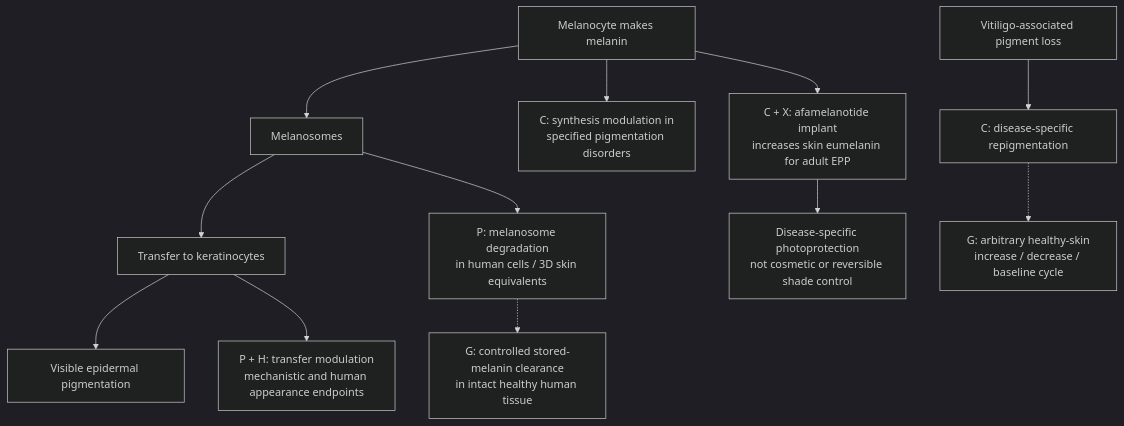
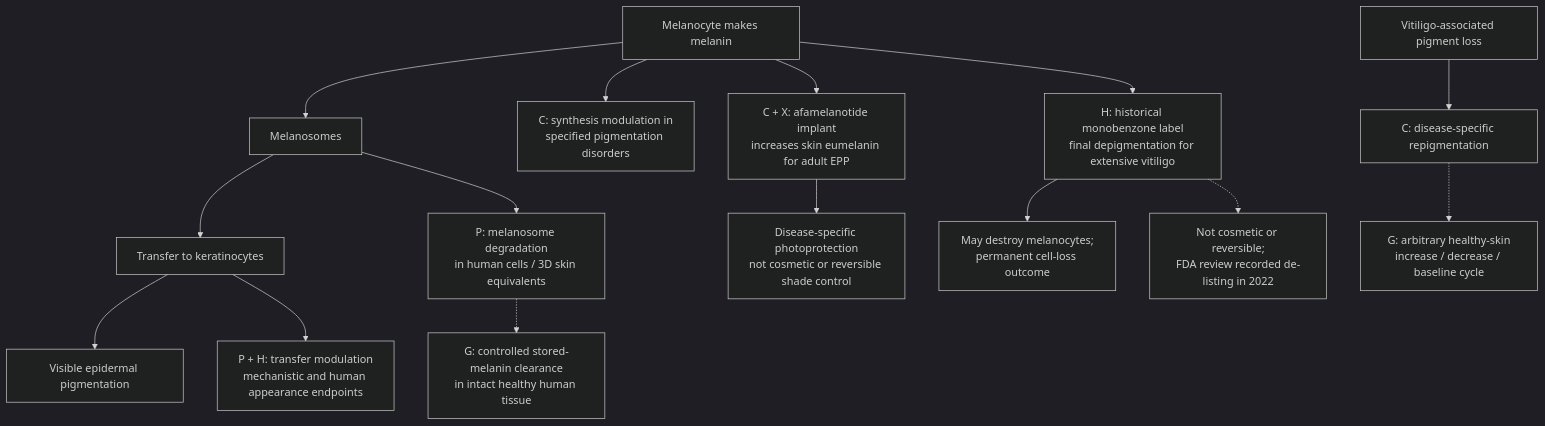
Before and after one commit to dylanstechmann/iris-color-without-contacts: the sixth of 27 diagrams in research/tissue-pigment-atlas.md, drawn with Mermaid (dark theme).

Commit message:
Show permanent melanocyte-loss comparator in skin diagram

````diff
--- a/research/tissue-pigment-atlas.md
+++ b/research/tissue-pigment-atlas.md
@@ -156,14 +156,17 @@
 ```mermaid
 flowchart TD
     M["Melanocyte makes melanin"] --> O["Melanosomes"]
     O --> K["Transfer to keratinocytes"]
     K --> V["Visible epidermal pigmentation"]
     M --> C["C: synthesis modulation in<br/>specified pigmentation disorders"]
     M --> E["C + X: afamelanotide implant<br/>increases skin eumelanin for adult EPP"]
     E --> E2["Disease-specific photoprotection<br/>not cosmetic or reversible shade control"]
+    M --> Z["H: historical monobenzone label<br/>final depigmentation for extensive vitiligo"]
+    Z --> Z1["May destroy melanocytes;<br/>permanent cell-loss outcome"]
+    Z -.-> Z2["Not cosmetic or reversible;<br/>FDA review recorded de-listing in 2022"]
     K --> T["P + H: transfer modulation<br/>mechanistic and human appearance endpoints"]
     O --> P["P: melanosome degradation<br/>in human cells / 3D skin equivalents"]
     P -.-> R["G: controlled stored-melanin clearance<br/>in intact healthy human tissue"]
     D["Vitiligo-associated pigment loss"] --> I["C: disease-specific repigmentation"]
     I -.-> W["G: arbitrary healthy-skin<br/>increase / decrease / baseline cycle"]
 ```
````
